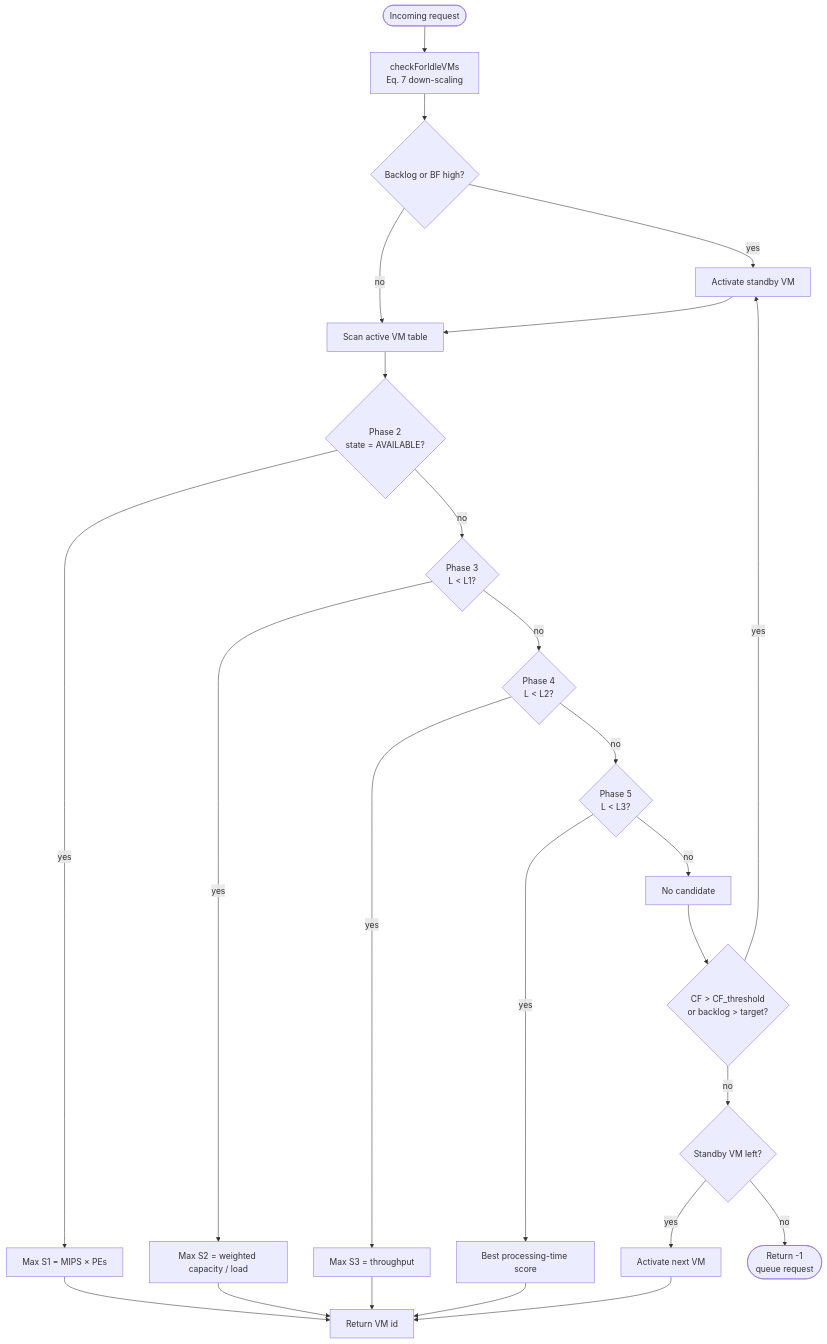
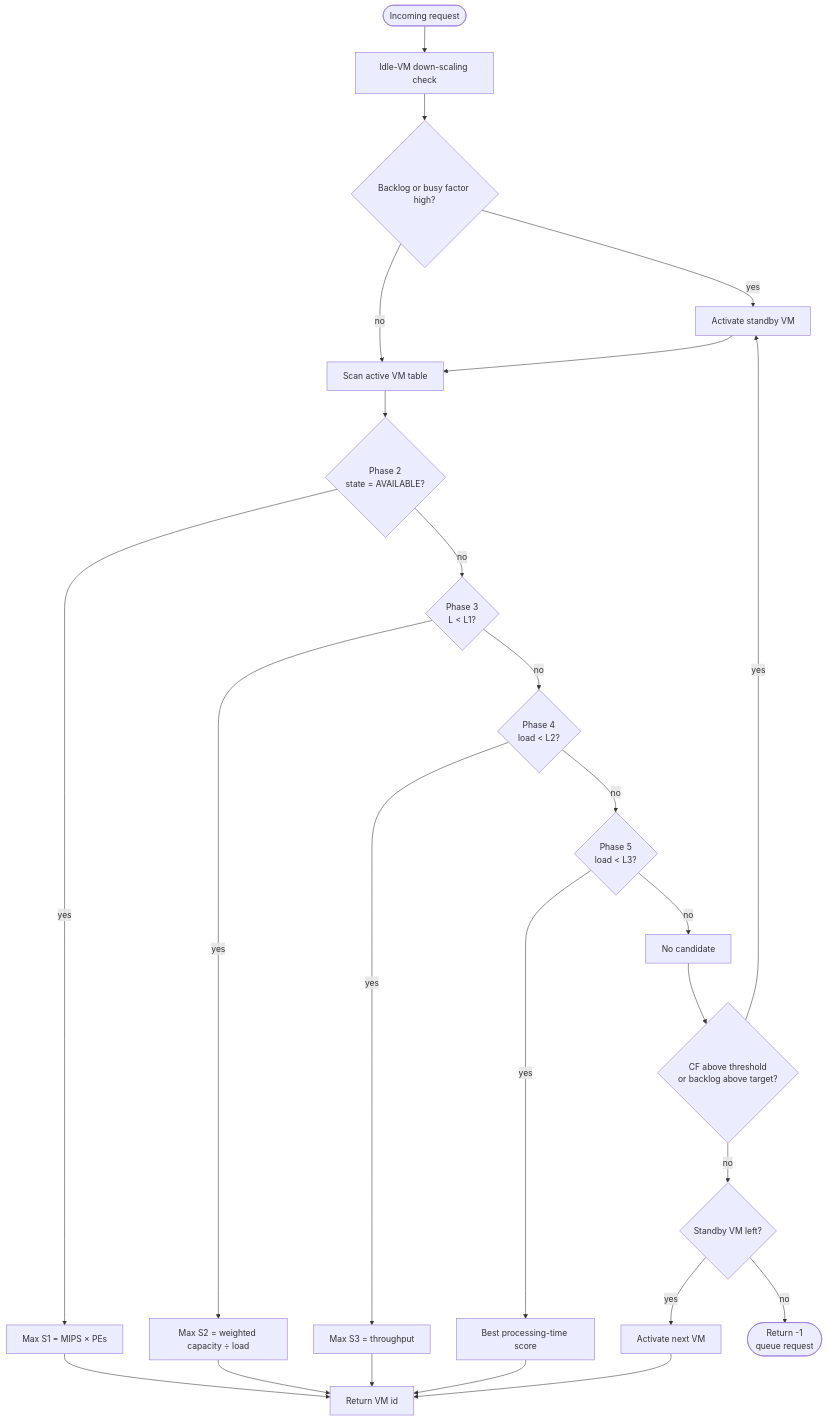
The diagram in README.md (kopolart/throttled-esce-hybrid-lb), drawn with Mermaid before and after one commit. The commit also changed other lines of this file and 12 other files, not shown here.

````diff
--- a/README.md
+++ b/README.md
@@ -45,30 +39,30 @@
 ```mermaid
 flowchart TD
-    REQ([Incoming request]) --> DS[checkForIdleVMs<br/>Eq. 7 down-scaling]
-    DS --> SCALE{Backlog or BF high?}
+    REQ([Incoming request]) --> DS[Idle-VM down-scaling check]
+    DS --> SCALE{Backlog or busy factor high?}
     SCALE -- yes --> ACT[Activate standby VM]
     SCALE -- no --> SCAN
     ACT --> SCAN[Scan active VM table]
 
     SCAN --> P2{Phase 2<br/>state = AVAILABLE?}
     P2 -- yes --> S1[Max S1 = MIPS × PEs]
     P2 -- no --> P3{Phase 3<br/>L < L1?}
-    P3 -- yes --> S2[Max S2 = weighted capacity / load]
-    P3 -- no --> P4{Phase 4<br/>L < L2?}
+    P3 -- yes --> S2[Max S2 = weighted capacity ÷ load]
+    P3 -- no --> P4{Phase 4<br/>load < L2?}
     P4 -- yes --> S3[Max S3 = throughput]
-    P4 -- no --> P5{Phase 5<br/>L < L3?}
+    P4 -- no --> P5{Phase 5<br/>load < L3?}
     P5 -- yes --> S4[Best processing-time score]
     P5 -- no --> CF[No candidate]
 
     S1 --> RET[Return VM id]
     S2 --> RET
     S3 --> RET
     S4 --> RET
 
-    CF --> CFG{CF > CF_threshold<br/>or backlog > target?}
+    CF --> CFG{CF above threshold<br/>or backlog above target?}
     CFG -- yes --> ACT
     CFG -- no --> STANDBY{Standby VM left?}
     STANDBY -- yes --> ACT2[Activate next VM]
     STANDBY -- no --> QUEUE([Return -1<br/>queue request])
     ACT2 --> RET
 ```
````
